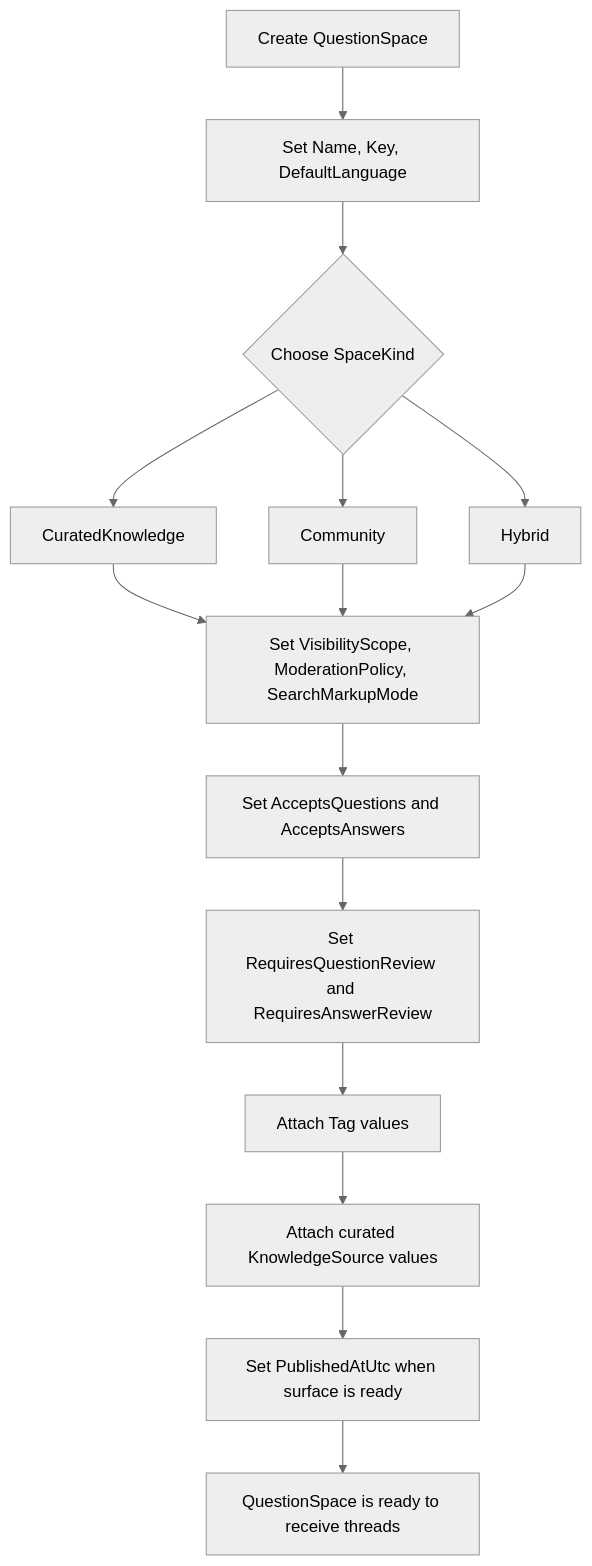
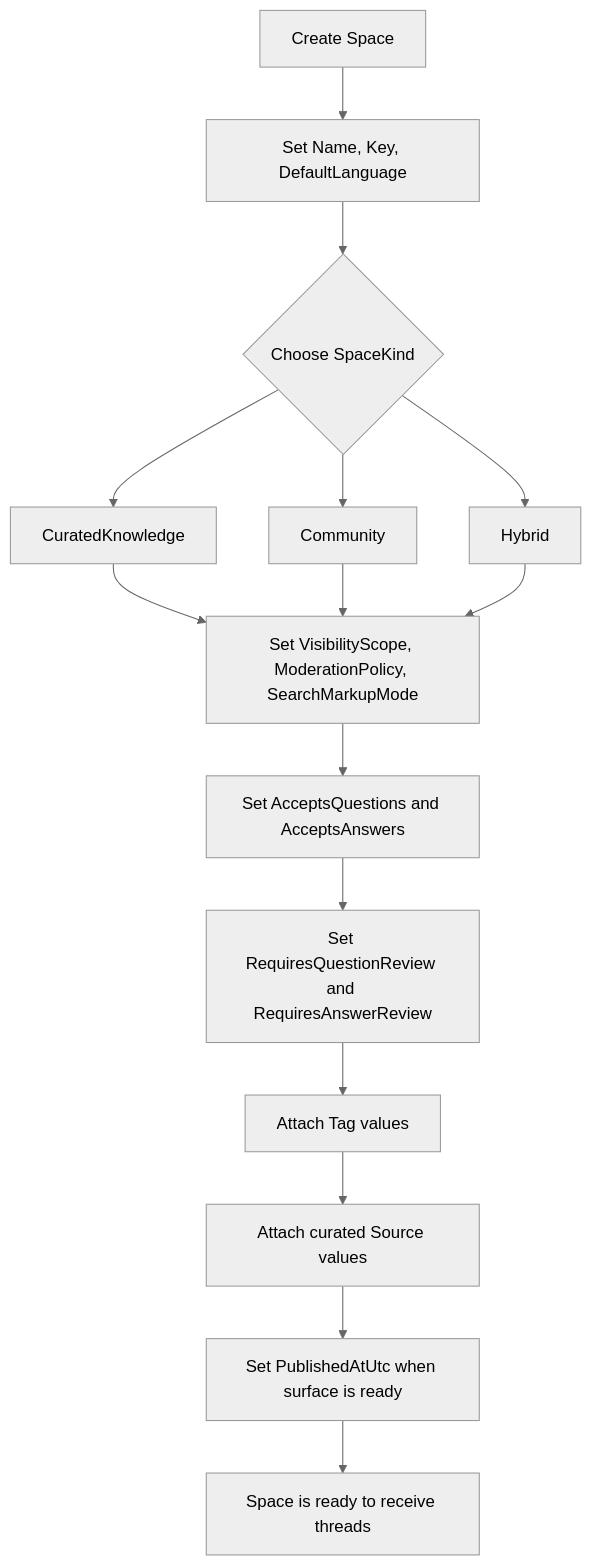
Before and after one commit to marcosrioj/querify: the diagram in dotnet/BaseFaq.Sample.Features.NewQaModel/Flows/01-space-setup-and-governance.md, drawn with Mermaid (neutral theme). The commit also changed other lines of this file and 261 other files, not shown here.

````diff
--- a/dotnet/BaseFaq.Sample.Features.NewQaModel/Flows/01-space-setup-and-governance.md
+++ b/dotnet/BaseFaq.Sample.Features.NewQaModel/Flows/01-space-setup-and-governance.md
@@ -7,17 +7,17 @@
 ```mermaid
 flowchart TD
-    Start[Create QuestionSpace] --> Identity[Set Name, Key, DefaultLanguage]
+    Start[Create Space] --> Identity[Set Name, Key, DefaultLanguage]
     Identity --> Mode{Choose SpaceKind}
     Mode --> Curated[CuratedKnowledge]
     Mode --> Community[Community]
     Mode --> Hybrid[Hybrid]
     Curated --> Governance
     Community --> Governance
     Hybrid --> Governance
     Governance[Set VisibilityScope, ModerationPolicy, SearchMarkupMode] --> Intake[Set AcceptsQuestions and AcceptsAnswers]
     Intake --> Review[Set RequiresQuestionReview and RequiresAnswerReview]
     Review --> Classify[Attach Tag values]
-    Classify --> Curate[Attach curated KnowledgeSource values]
+    Classify --> Curate[Attach curated Source values]
     Curate --> Publish[Set PublishedAtUtc when surface is ready]
-    Publish --> Operate[QuestionSpace is ready to receive threads]
+    Publish --> Operate[Space is ready to receive threads]
 ```
````
